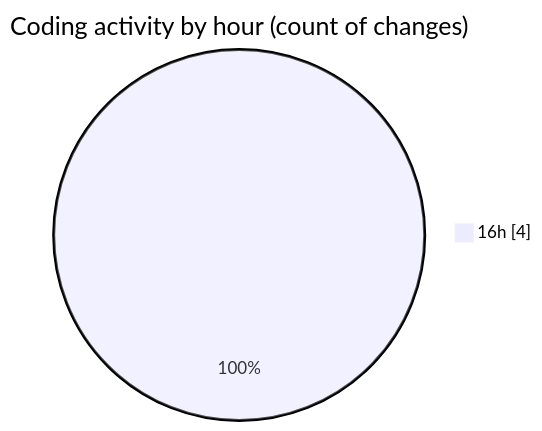
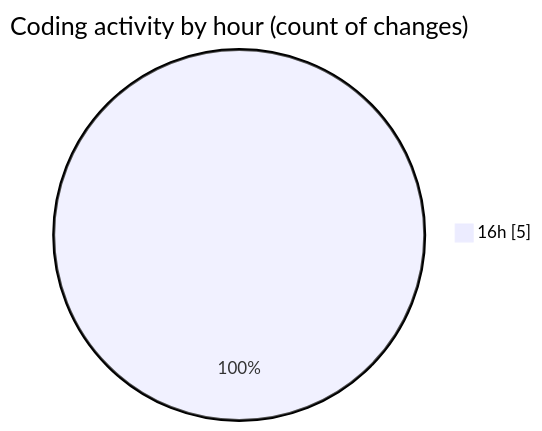
Before and after one commit to donsfak/code-tracking: the second of 2 diagrams in 2025-01-15/trackers_app/README.md, drawn with Mermaid. The commit also changed other lines of this file and 1 other file, not shown here.

````diff
--- a/2025-01-15/trackers_app/README.md
+++ b/2025-01-15/trackers_app/README.md
@@ -29,5 +30,5 @@
 ```mermaid
 pie showData
 title Coding activity by hour (count of changes)
-"16h" : 4
+"16h" : 5
 ```
````
